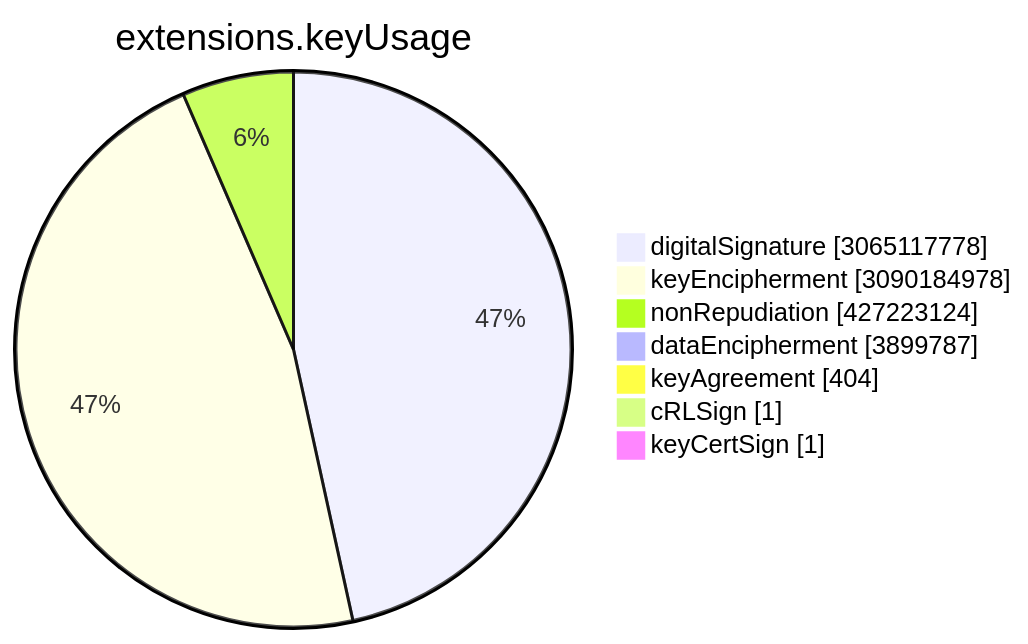
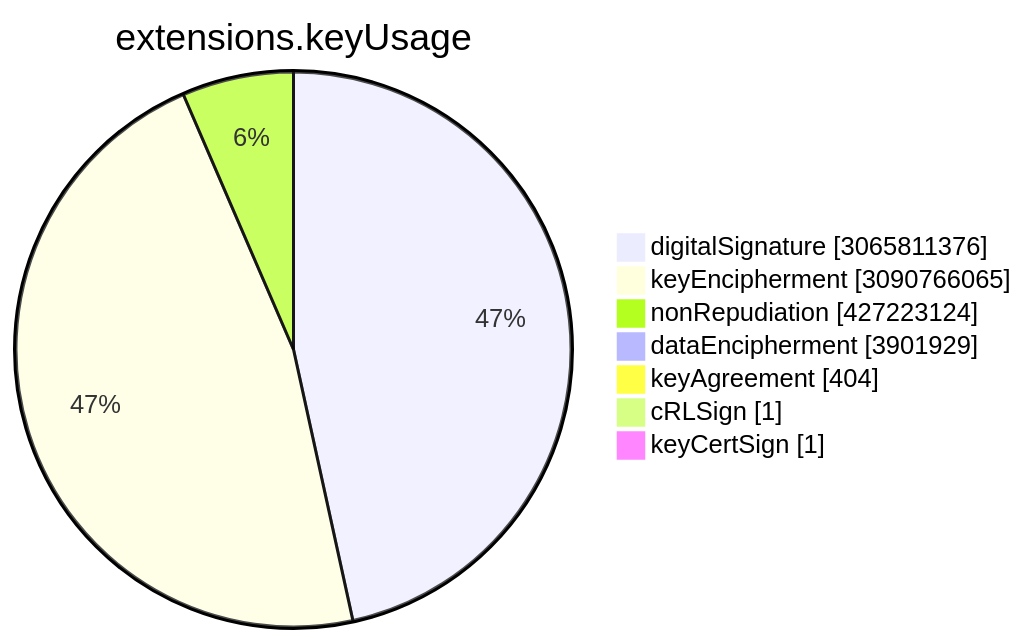
The sixth of 15 diagrams in TOTAL/README.md (christiankrug/ctmonitor_visualization), drawn with Mermaid before and after one commit. The commit also changed other lines of this file, not shown here.

````diff
--- a/TOTAL/README.md
+++ b/TOTAL/README.md
@@ -3077,11 +3077,11 @@
 ```mermaid
 pie showData
 title extensions.keyUsage
-"digitalSignature" :3065117778
-"keyEncipherment" :3090184978
+"digitalSignature" :3065811376
+"keyEncipherment" :3090766065
 "nonRepudiation" :427223124
-"dataEncipherment" :3899787
+"dataEncipherment" :3901929
 "keyAgreement" :404
 "cRLSign" :1
 "keyCertSign" :1
 ```
````
